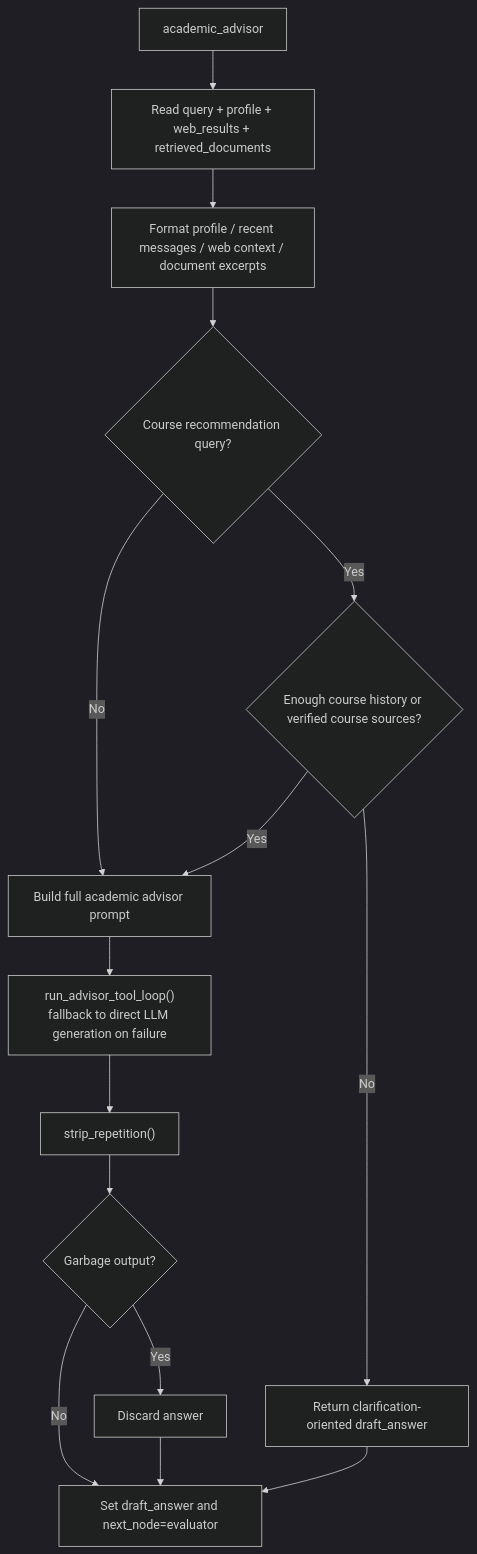
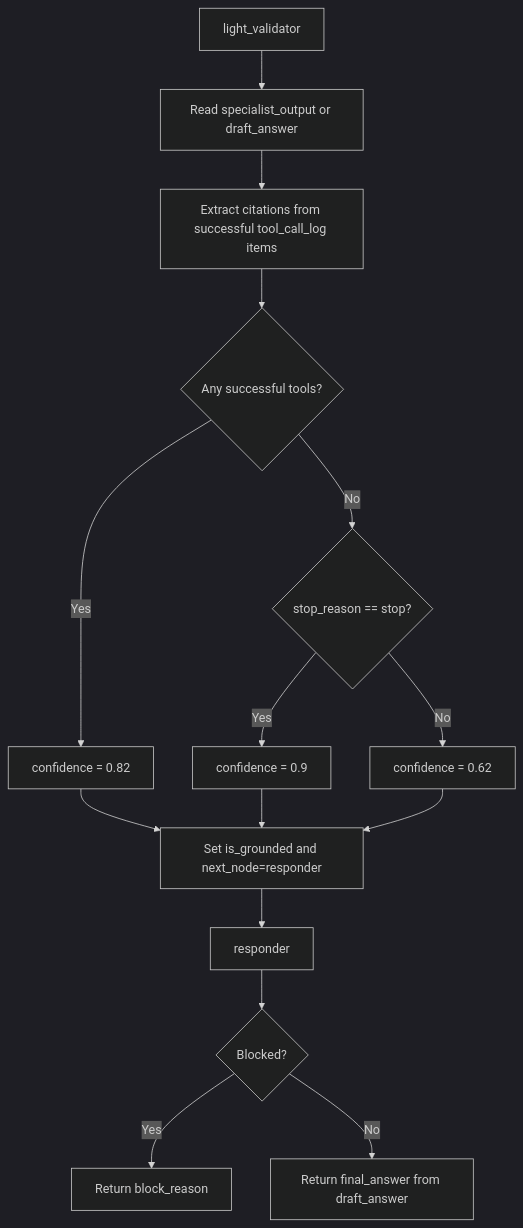
One commit to sagarrgupta/Pathfinder changed the sixth of 6 diagrams in docs/PATHFINDER_ARCHITECTURE_FLOW.md. Above: the diagram before and after it, drawn with Mermaid (dark theme). The commit also changed other lines of this file and 54 other files, not shown here.

Commit message:
origin/Feature/basicUpdates - updated architecture docs

````diff
--- a/docs/PATHFINDER_ARCHITECTURE_FLOW.md
+++ b/docs/PATHFINDER_ARCHITECTURE_FLOW.md
@@ -524,18 +228,17 @@
 ```mermaid
 flowchart TD
-    A0["academic_advisor"] --> A1["Read query + profile + web_results + retrieved_documents"]
-    A1 --> A2["Format profile / recent messages / web context / document excerpts"]
-    A2 --> A3{"Course recommendation query?"}
-    A3 -- No --> A6["Build full academic advisor prompt"]
-    A3 -- Yes --> A4{"Enough course history or verified course sources?"}
-    A4 -- No --> A5["Return clarification-oriented draft_answer"]
-    A4 -- Yes --> A6
-
-    A6 --> A7["run_advisor_tool_loop()<br/>fallback to direct LLM generation on failure"]
-    A7 --> A8["strip_repetition()"]
-    A8 --> A9{"Garbage output?"}
-    A9 -- Yes --> A10["Discard answer"]
-    A9 -- No --> A11["Set draft_answer and next_node=evaluator"]
-    A10 --> A11
-    A5 --> A11
+    V0["light_validator"] --> V1["Read specialist_output or draft_answer"]
+    V1 --> V2["Extract citations from successful tool_call_log items"]
+    V2 --> V3{"Any successful tools?"}
+    V3 -- Yes --> V4["confidence = 0.82"]
+    V3 -- No --> V5{"stop_reason == stop?"}
+    V5 -- Yes --> V6["confidence = 0.9"]
+    V5 -- No --> V7["confidence = 0.62"]
+    V4 --> V8["Set is_grounded and next_node=responder"]
+    V6 --> V8
+    V7 --> V8
+    V8 --> R0["responder"]
+    R0 --> R1{"Blocked?"}
+    R1 -- Yes --> R2["Return block_reason"]
+    R1 -- No --> R3["Return final_answer from draft_answer"]
 ```
````
